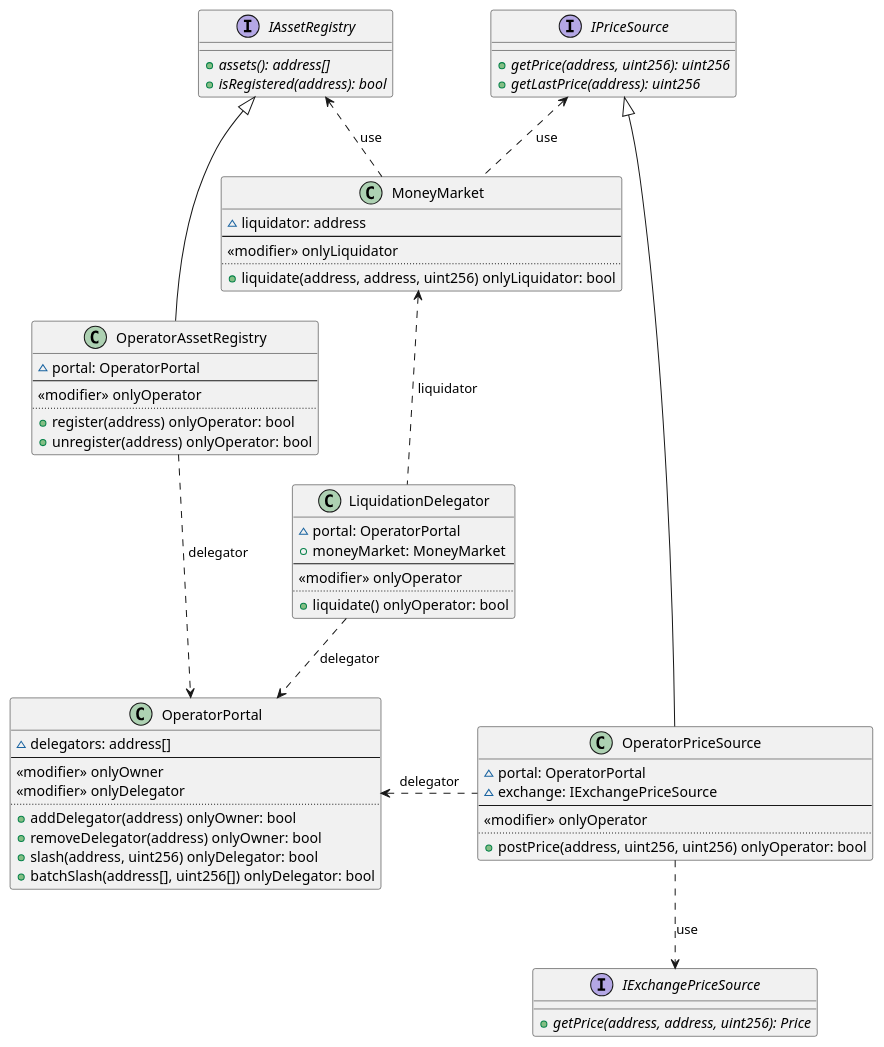
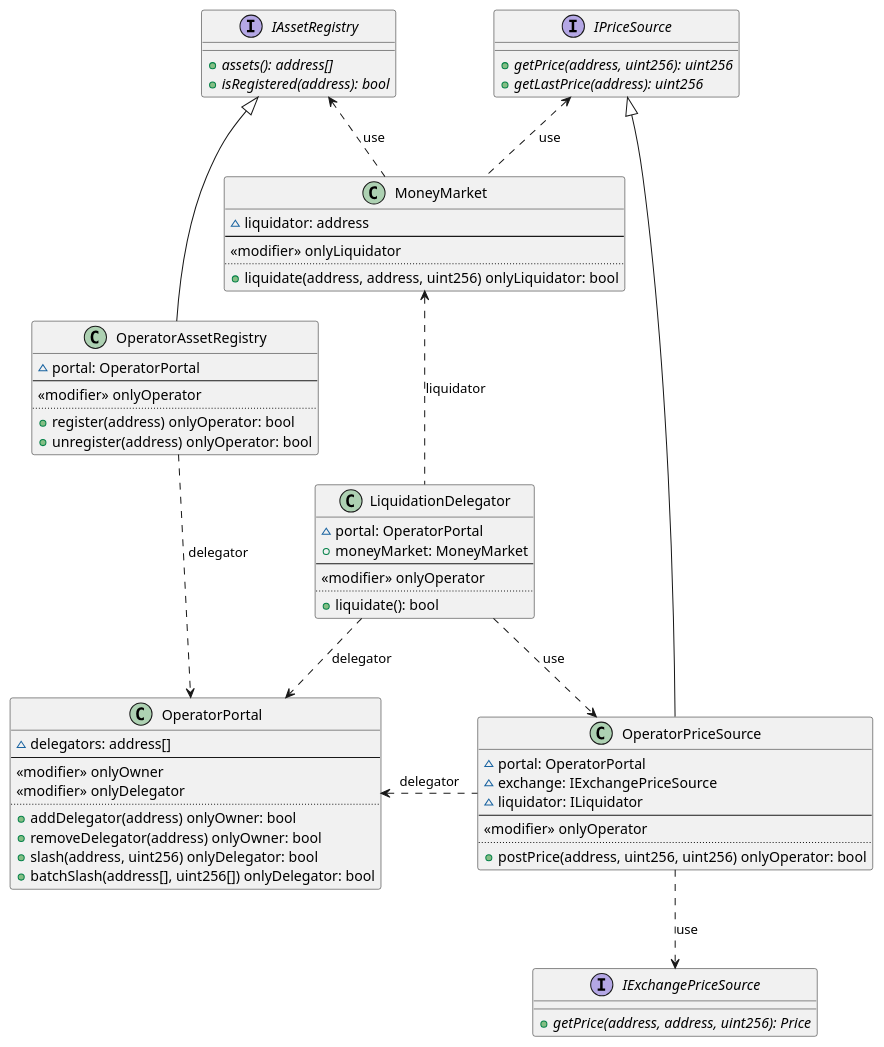
One commit to alice-finance/money-market changed the diagram in doc/operation.puml. Above: the diagram before and after it, drawn with PlantUML. The commit also changed 18 other files, not shown here.

```diff
--- a/doc/operation.puml
+++ b/doc/operation.puml
@@ -1,79 +1,81 @@
 @startuml
 
 class OperatorPortal {
     ~ delegators: address[]
     --
     <<modifier>> onlyOwner
     <<modifier>> onlyDelegator
     ..
     + addDelegator(address) onlyOwner: bool
     + removeDelegator(address) onlyOwner: bool
     + slash(address, uint256) onlyDelegator: bool
     + batchSlash(address[], uint256[]) onlyDelegator: bool
 }
 
 interface IExchangePriceSource {
     + getPrice(address, address, uint256): Price {abstract}
 }
 
 interface IPriceSource {
     + getPrice(address, uint256): uint256 {abstract}
     + getLastPrice(address): uint256 {abstract}
 }
 
 IPriceSource <.down. MoneyMarket: use
 
 class OperatorPriceSource {
     ~ portal: OperatorPortal
     ~ exchange: IExchangePriceSource
+    ~ liquidator: ILiquidator
     --
     <<modifier>> onlyOperator
     ..
     + postPrice(address, uint256, uint256) onlyOperator: bool
 }
 
 OperatorPriceSource -up-|> IPriceSource
 OperatorPriceSource .left.> OperatorPortal : delegator
 OperatorPriceSource ..> IExchangePriceSource : use
 
 interface IAssetRegistry {
     + assets(): address[] {abstract}
     + isRegistered(address): bool {abstract}
 }
 
 IAssetRegistry <.down. MoneyMarket: use
 
 class OperatorAssetRegistry {
     ~ portal: OperatorPortal
     --
     <<modifier>> onlyOperator
     ..
     + register(address) onlyOperator: bool
     + unregister(address) onlyOperator: bool
 }
 
 OperatorAssetRegistry -up-|> IAssetRegistry
 OperatorAssetRegistry .> OperatorPortal: delegator
 
 class LiquidationDelegator {
     ~ portal: OperatorPortal
     + moneyMarket: MoneyMarket
     --
     <<modifier>> onlyOperator
     ..
-    + liquidate() onlyOperator: bool
+    + liquidate(): bool
 }
 
 LiquidationDelegator .down.> OperatorPortal: delegator
+LiquidationDelegator ..> OperatorPriceSource: use
 
 class MoneyMarket {
     ~ liquidator: address
     --
     <<modifier>> onlyLiquidator
     ..
     + liquidate(address, address, uint256) onlyLiquidator: bool
 }
 
 LiquidationDelegator .up.> MoneyMarket: liquidator
 
 @enduml
```
